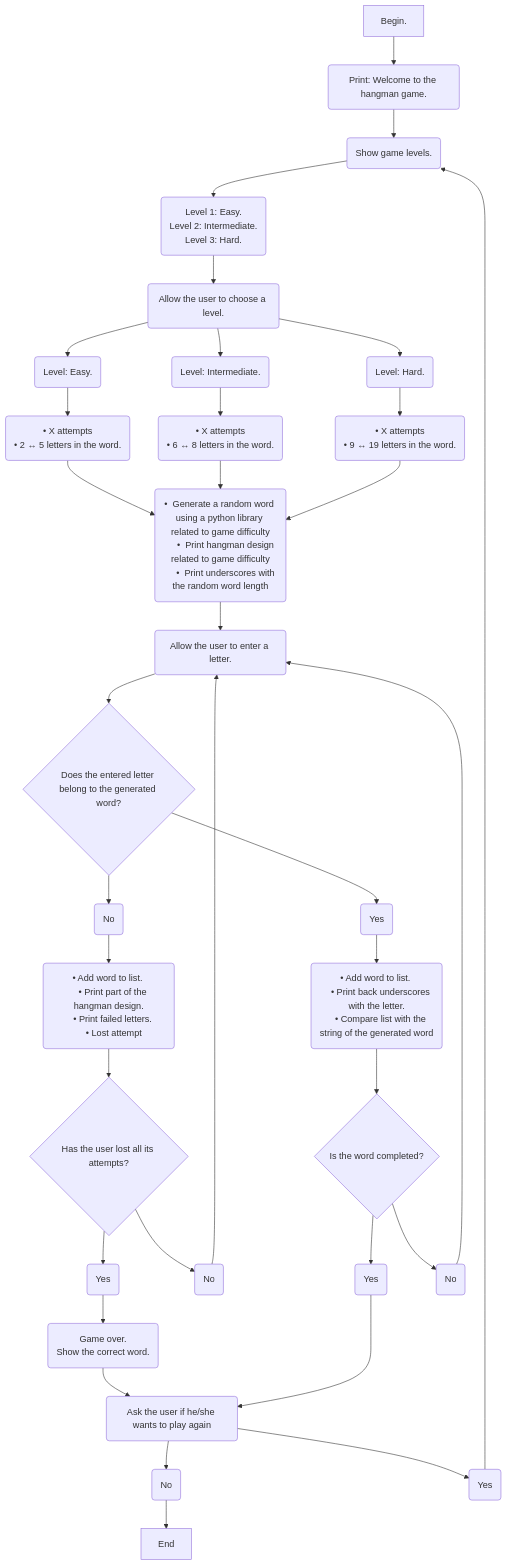
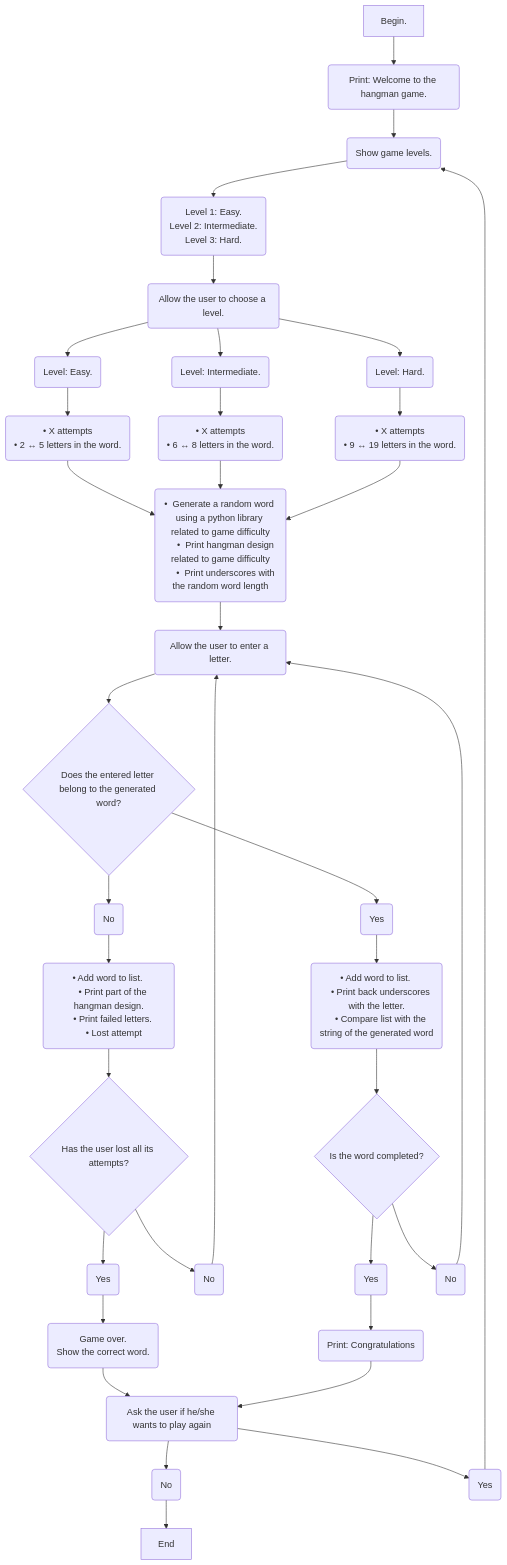
The diagram in README.md (JanaRubiano/Hangman_Game), drawn with Mermaid before and after one commit. The commit also changed other lines of this file, not shown here.

````diff
--- a/README.md
+++ b/README.md
@@ -33,41 +33,43 @@
 ```mermaid
 flowchart TD
     A[Begin.] -->B(Print: Welcome to the hangman game.) -->C(Show game levels.)
     --> D("Level 1: Easy.
     Level 2: Intermediate.
     Level 3: Hard.")
     --> E(Allow the user to choose a level.)
     E --> F(Level: Easy.) --> I(" • X attempts
     • 2 ↔ 5 letters in the word.
     ") -->L
     E --> G(Level: Intermediate.) --> J(" •  X attempts
     • 6 ↔ 8 letters in the word.
     ") -->L
     E --> H(Level: Hard.) --> K(" •  X attempts
    •  9 ↔ 19 letters in the word.
     ") 
     --> L(" •  Generate a random word using a python library related to game difficulty
      •  Print hangman design related to game difficulty
      •  Print underscores with the random word length
     ") 
     --> W(Allow the user to enter a letter.)
     --> R{Does the entered letter belong to the generated word?}
     R -->n(No) --> q("• Add word to list. 
     • Print part of the hangman design.
     • Print failed letters. 
     • Lost attempt
     ") -->u{Has the user lost all its attempts?}
     u -->o(Yes) -->S("Game over. 
     Show the correct word. 
     ") --> P
     u--> t(No) --> W
     
     R -->Y(Yes) --> T(" • Add word to list. 
     • Print back underscores with the letter.
     • Compare list with the string of the generated word
     ") -->U{Is the word completed?} 
-    U -->O(Yes) --> P(Ask the user if he/she wants to play again)
+    U -->O(Yes) --> k(Print: Congratulations)
+    --> P(Ask the user if he/she wants to play again)
     P --> b(No) --> w[End]
     P--> a(Yes) -->C
     U --> i(No) -->W
+   
 ```
````
